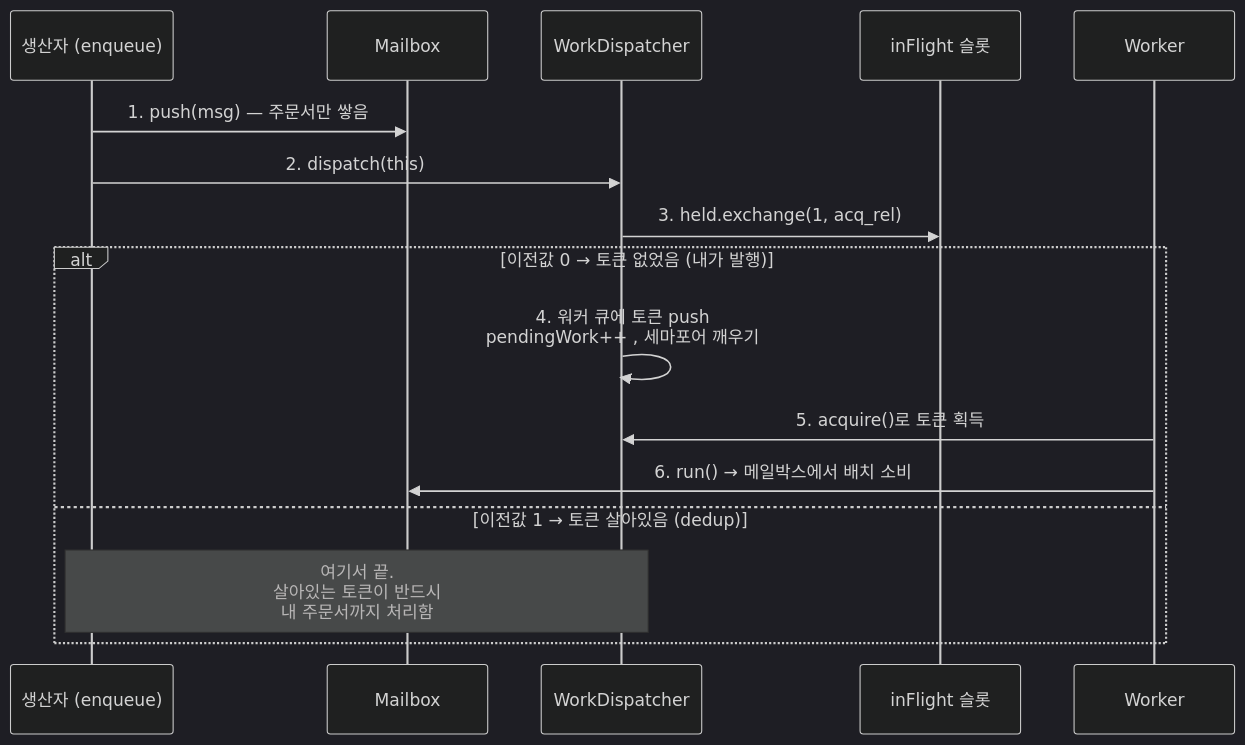
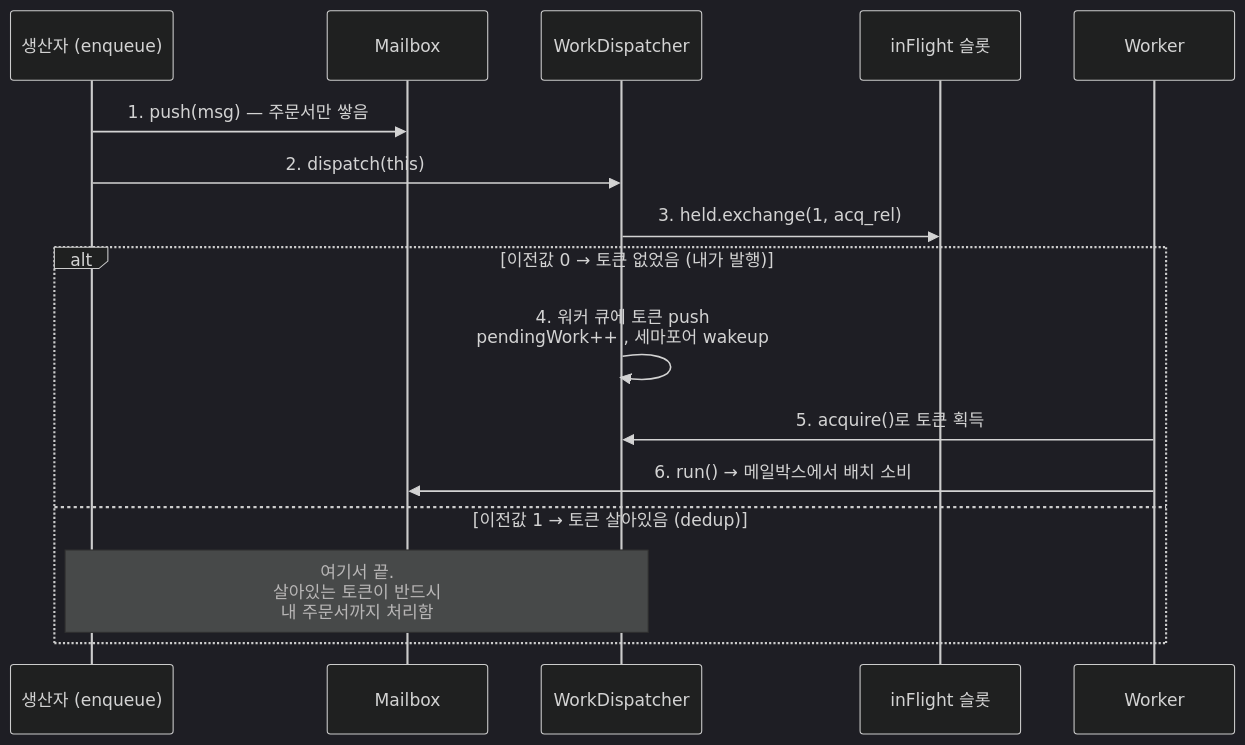
One commit to shoenkh15324/V2-Engine changed the second of 3 diagrams in docs/architecture/concepts/work_dispatch.md. Above: the diagram before and after it, drawn with Mermaid (dark theme). The commit also changed other lines of this file and 12 other files, not shown here.

First line of the commit message:
docs(architecture): unify doc style and polish terminology

````diff
--- a/docs/architecture/concepts/work_dispatch.md
+++ b/docs/architecture/concepts/work_dispatch.md
@@ -105,20 +105,20 @@
 ```mermaid
 sequenceDiagram
     participant P as 생산자 (enqueue)
     participant MB as Mailbox
     participant D as WorkDispatcher
     participant S as inFlight 슬롯
     participant W as Worker
 
     P->>MB: 1. push(msg) — 주문서만 쌓음
     P->>D: 2. dispatch(this)
     D->>S: 3. held.exchange(1, acq_rel)
 
     alt 이전값 0 → 토큰 없었음 (내가 발행)
-        D->>D: 4. 워커 큐에 토큰 push<br/>pendingWork++ , 세마포어 깨우기
+        D->>D: 4. 워커 큐에 토큰 push<br/>pendingWork++ , 세마포어 wakeup
         W->>D: 5. acquire()로 토큰 획득
         W->>MB: 6. run() → 메일박스에서 배치 소비
     else 이전값 1 → 토큰 살아있음 (dedup)
         Note over P,D: 여기서 끝.<br/>살아있는 토큰이 반드시<br/>내 주문서까지 처리함
     end
 ```
````
